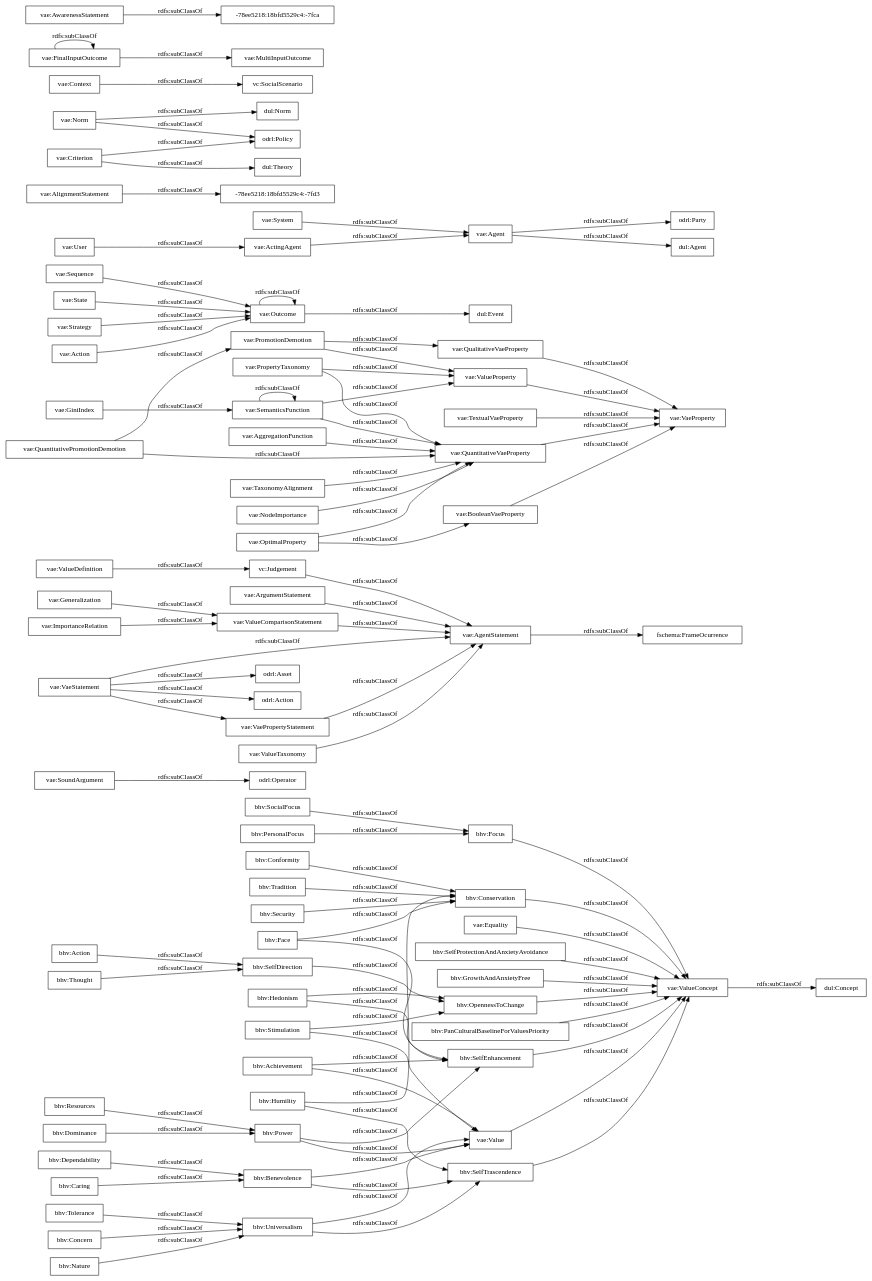
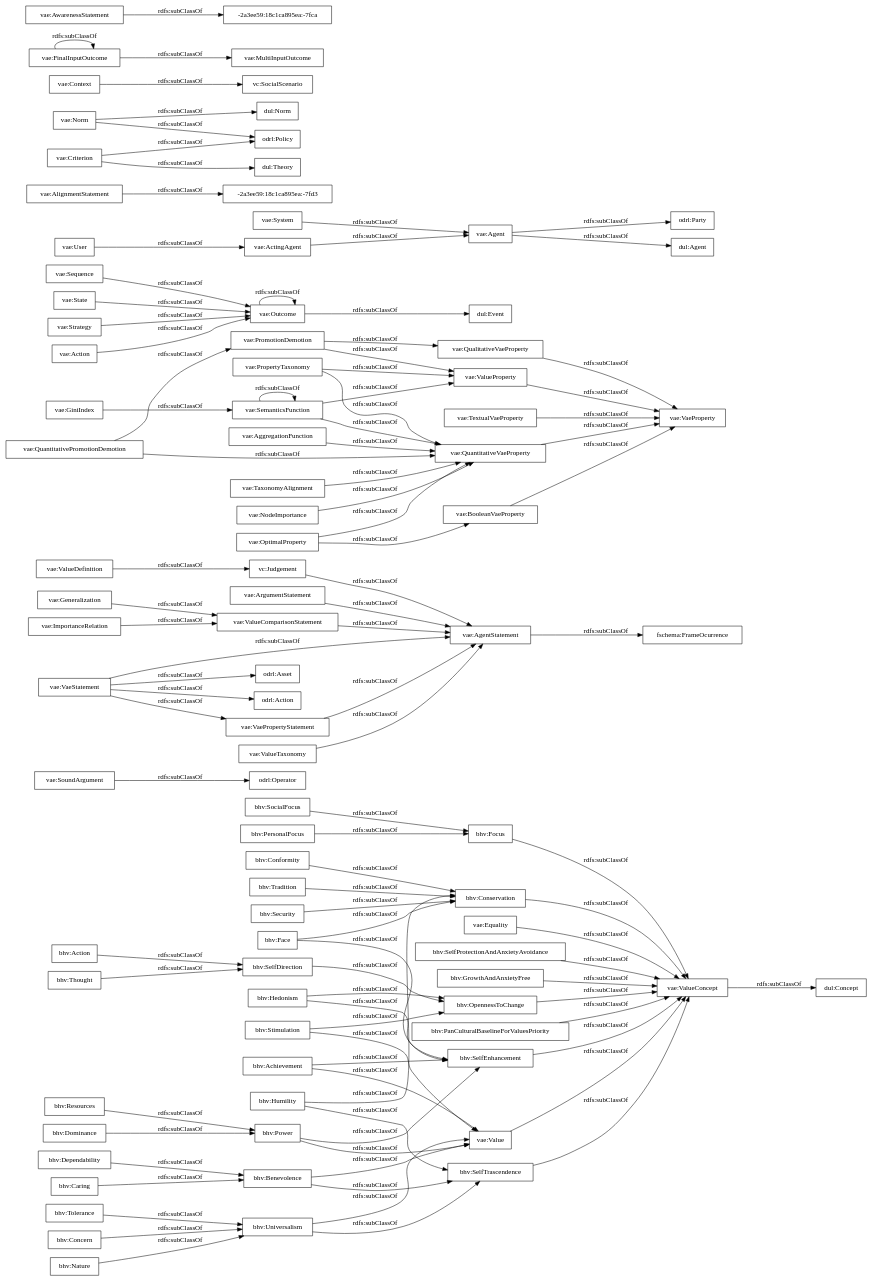
Before and after one commit to andresh26-uam/vae-ontology: the diagram in OnToology/vaeontology-v000.rdf/diagrams/ar2dtool-taxonomy/vaeontology-v000.rdf.png.dot, drawn with Graphviz. The commit also changed 82 other files, not shown here.

```diff
--- a/OnToology/vaeontology-v000.rdf/diagrams/ar2dtool-taxonomy/vaeontology-v000.rdf.png.dot
+++ b/OnToology/vaeontology-v000.rdf/diagrams/ar2dtool-taxonomy/vaeontology-v000.rdf.png.dot
@@ -1,102 +1,102 @@
 digraph ar2dtool_diagram { 
 rankdir=LR;
 size="1000"
-node [shape = rectangle, color="black"]; "bhv:Stimulation" "odrl:Operator" "vae:ValueDefinition" "vae:PropertyTaxonomy" "bhv:Tolerance" "vae:VaeProperty" "vae:QuantitativeVaeProperty" "vae:Sequence" "odrl:Party" "bhv:Tradition" "vae:Equality" "-78ee5218:18bfd5529c4:-7fd3" "vae:AlignmentStatement" "bhv:SocialFocus" "dul:Norm" "vae:Context" "bhv:Dominance" "vae:TextualVaeProperty" "vae:Generalization" "vae:MultiInputOutcome" "-78ee5218:18bfd5529c4:-7fca" "vae:AwarenessStatement" "bhv:Security" "dul:Agent" "vae:AggregationFunction" "bhv:SelfDirection" "vc:SocialScenario" "vae:System" "vae:AgentStatement" "vae:Outcome" "vae:Value" "odrl:Policy" "dul:Theory" "bhv:SelfProtectionAndAnxietyAvoidance" "vae:Criterion" "fschema:FrameOcurrence" "vae:FinalInputOutcome" "vae:ArgumentStatement" "vae:ValueProperty" "vae:ValueComparisonStatement" "dul:Concept" "bhv:Hedonism" "vae:VaeStatement" "odrl:Asset" "bhv:Concern" "vae:State" "vae:SoundArgument" "vae:ValueConcept" "bhv:GrowthAndAnxietyFree" "bhv:Thought" "bhv:Humility" "vae:QualitativeVaeProperty" "vae:Strategy" "bhv:Focus" "vae:ActingAgent" "bhv:Power" "bhv:Nature" "bhv:Benevolence" "bhv:Achievement" "vae:BooleanVaeProperty" "odrl:Action" "bhv:PanCulturalBaselineForValuesPriority" "vae:ImportanceRelation" "bhv:SelfTrascendence" "vae:Norm" "vae:OptimalProperty" "vae:TaxonomyAlignment" "bhv:Action" "bhv:Caring" "bhv:Resources" "bhv:Face" "vae:ValueTaxonomy" "vae:QuantitativePromotionDemotion" "vae:GiniIndex" "vae:User" "dul:Event" "bhv:Dependability" "bhv:Conformity" "vae:VaePropertyStatement" "bhv:Conservation" "vae:SemanticsFunction" "vae:Agent" "vae:PromotionDemotion" "vae:Action" "vae:NodeImportance" "bhv:Universalism" "vc:Judgement" "bhv:SelfEnhancement" "bhv:OpennessToChange" "bhv:PersonalFocus" ; /*classes style*/
+node [shape = rectangle, color="black"]; "bhv:Stimulation" "odrl:Operator" "vae:ValueDefinition" "vae:PropertyTaxonomy" "bhv:Tolerance" "vae:VaeProperty" "vae:QuantitativeVaeProperty" "vae:Sequence" "odrl:Party" "bhv:Tradition" "vae:Equality" "vae:AlignmentStatement" "bhv:SocialFocus" "dul:Norm" "vae:Context" "bhv:Security" "bhv:Dominance" "vae:Generalization" "vae:MultiInputOutcome" "vae:TextualVaeProperty" "vae:AwarenessStatement" "dul:Agent" "vae:AggregationFunction" "bhv:SelfDirection" "vc:SocialScenario" "vae:System" "vae:AgentStatement" "vae:Outcome" "vae:Value" "odrl:Policy" "dul:Theory" "bhv:SelfProtectionAndAnxietyAvoidance" "vae:Criterion" "fschema:FrameOcurrence" "vae:FinalInputOutcome" "vae:ArgumentStatement" "vae:ValueProperty" "vae:ValueComparisonStatement" "dul:Concept" "bhv:Hedonism" "vae:VaeStatement" "odrl:Asset" "bhv:Concern" "vae:State" "vae:SoundArgument" "vae:ValueConcept" "bhv:GrowthAndAnxietyFree" "-2a3ee59:18c1ca895ea:-7fca" "bhv:Thought" "bhv:Humility" "vae:QualitativeVaeProperty" "vae:Strategy" "bhv:Focus" "vae:ActingAgent" "bhv:Power" "bhv:Nature" "bhv:Benevolence" "bhv:Achievement" "vae:BooleanVaeProperty" "odrl:Action" "bhv:PanCulturalBaselineForValuesPriority" "vae:ImportanceRelation" "bhv:SelfTrascendence" "vae:Norm" "vae:TaxonomyAlignment" "vae:OptimalProperty" "bhv:Action" "-2a3ee59:18c1ca895ea:-7fd3" "bhv:Caring" "bhv:Resources" "bhv:Face" "vae:ValueTaxonomy" "vae:QuantitativePromotionDemotion" "vae:GiniIndex" "vae:User" "dul:Event" "bhv:Dependability" "bhv:Conformity" "vae:VaePropertyStatement" "bhv:Conservation" "vae:SemanticsFunction" "vae:Agent" "vae:PromotionDemotion" "vae:Action" "vae:NodeImportance" "bhv:Universalism" "bhv:SelfEnhancement" "vc:Judgement" "bhv:OpennessToChange" "bhv:PersonalFocus" ; /*classes style*/
 	"vae:GiniIndex" -> "vae:SemanticsFunction" [ label = "rdfs:subClassOf" ];
 	"vae:Strategy" -> "vae:Outcome" [ label = "rdfs:subClassOf" ];
 	"bhv:Face" -> "bhv:SelfEnhancement" [ label = "rdfs:subClassOf" ];
 	"bhv:Face" -> "bhv:Conservation" [ label = "rdfs:subClassOf" ];
 	"bhv:Universalism" -> "bhv:SelfTrascendence" [ label = "rdfs:subClassOf" ];
 	"bhv:Universalism" -> "vae:Value" [ label = "rdfs:subClassOf" ];
 	"bhv:Power" -> "bhv:SelfEnhancement" [ label = "rdfs:subClassOf" ];
 	"bhv:Power" -> "vae:Value" [ label = "rdfs:subClassOf" ];
 	"vae:Outcome" -> "vae:Outcome" [ label = "rdfs:subClassOf" ];
 	"vae:Outcome" -> "dul:Event" [ label = "rdfs:subClassOf" ];
 	"vae:ValueComparisonStatement" -> "vae:AgentStatement" [ label = "rdfs:subClassOf" ];
 	"vae:Sequence" -> "vae:Outcome" [ label = "rdfs:subClassOf" ];
 	"vae:Generalization" -> "vae:ValueComparisonStatement" [ label = "rdfs:subClassOf" ];
 	"vae:OptimalProperty" -> "vae:QuantitativeVaeProperty" [ label = "rdfs:subClassOf" ];
 	"vae:OptimalProperty" -> "vae:BooleanVaeProperty" [ label = "rdfs:subClassOf" ];
 	"vae:SemanticsFunction" -> "vae:ValueProperty" [ label = "rdfs:subClassOf" ];
 	"vae:SemanticsFunction" -> "vae:SemanticsFunction" [ label = "rdfs:subClassOf" ];
 	"vae:SemanticsFunction" -> "vae:QuantitativeVaeProperty" [ label = "rdfs:subClassOf" ];
 	"bhv:OpennessToChange" -> "vae:ValueConcept" [ label = "rdfs:subClassOf" ];
 	"vae:AgentStatement" -> "fschema:FrameOcurrence" [ label = "rdfs:subClassOf" ];
 	"vae:BooleanVaeProperty" -> "vae:VaeProperty" [ label = "rdfs:subClassOf" ];
 	"vae:Norm" -> "odrl:Policy" [ label = "rdfs:subClassOf" ];
 	"vae:Norm" -> "dul:Norm" [ label = "rdfs:subClassOf" ];
 	"bhv:Tolerance" -> "bhv:Universalism" [ label = "rdfs:subClassOf" ];
 	"bhv:Tradition" -> "bhv:Conservation" [ label = "rdfs:subClassOf" ];
 	"vae:ValueTaxonomy" -> "vae:AgentStatement" [ label = "rdfs:subClassOf" ];
 	"bhv:Nature" -> "bhv:Universalism" [ label = "rdfs:subClassOf" ];
 	"bhv:SelfTrascendence" -> "vae:ValueConcept" [ label = "rdfs:subClassOf" ];
 	"vae:VaeStatement" -> "vae:VaePropertyStatement" [ label = "rdfs:subClassOf" ];
 	"vae:VaeStatement" -> "vae:AgentStatement" [ label = "rdfs:subClassOf" ];
 	"vae:VaeStatement" -> "odrl:Asset" [ label = "rdfs:subClassOf" ];
 	"vae:VaeStatement" -> "odrl:Action" [ label = "rdfs:subClassOf" ];
 	"bhv:Resources" -> "bhv:Power" [ label = "rdfs:subClassOf" ];
 	"bhv:SocialFocus" -> "bhv:Focus" [ label = "rdfs:subClassOf" ];
 	"vae:Context" -> "vc:SocialScenario" [ label = "rdfs:subClassOf" ];
 	"bhv:Focus" -> "vae:ValueConcept" [ label = "rdfs:subClassOf" ];
 	"vae:Equality" -> "vae:ValueConcept" [ label = "rdfs:subClassOf" ];
 	"bhv:SelfEnhancement" -> "vae:ValueConcept" [ label = "rdfs:subClassOf" ];
 	"bhv:Benevolence" -> "bhv:SelfTrascendence" [ label = "rdfs:subClassOf" ];
 	"bhv:Benevolence" -> "vae:Value" [ label = "rdfs:subClassOf" ];
 	"bhv:Caring" -> "bhv:Benevolence" [ label = "rdfs:subClassOf" ];
 	"bhv:Concern" -> "bhv:Universalism" [ label = "rdfs:subClassOf" ];
 	"vae:Criterion" -> "odrl:Policy" [ label = "rdfs:subClassOf" ];
 	"vae:Criterion" -> "dul:Theory" [ label = "rdfs:subClassOf" ];
 	"vae:PromotionDemotion" -> "vae:ValueProperty" [ label = "rdfs:subClassOf" ];
 	"vae:PromotionDemotion" -> "vae:QualitativeVaeProperty" [ label = "rdfs:subClassOf" ];
 	"bhv:Achievement" -> "bhv:SelfEnhancement" [ label = "rdfs:subClassOf" ];
 	"bhv:Achievement" -> "vae:Value" [ label = "rdfs:subClassOf" ];
 	"bhv:GrowthAndAnxietyFree" -> "vae:ValueConcept" [ label = "rdfs:subClassOf" ];
 	"vae:System" -> "vae:Agent" [ label = "rdfs:subClassOf" ];
 	"vae:ArgumentStatement" -> "vae:AgentStatement" [ label = "rdfs:subClassOf" ];
 	"vae:ValueProperty" -> "vae:VaeProperty" [ label = "rdfs:subClassOf" ];
 	"bhv:Action" -> "bhv:SelfDirection" [ label = "rdfs:subClassOf" ];
 	"vae:NodeImportance" -> "vae:QuantitativeVaeProperty" [ label = "rdfs:subClassOf" ];
 	"vae:PropertyTaxonomy" -> "vae:ValueProperty" [ label = "rdfs:subClassOf" ];
 	"vae:PropertyTaxonomy" -> "vae:QuantitativeVaeProperty" [ label = "rdfs:subClassOf" ];
 	"vae:State" -> "vae:Outcome" [ label = "rdfs:subClassOf" ];
 	"bhv:Conservation" -> "vae:ValueConcept" [ label = "rdfs:subClassOf" ];
 	"vae:VaePropertyStatement" -> "vae:AgentStatement" [ label = "rdfs:subClassOf" ];
 	"vae:User" -> "vae:ActingAgent" [ label = "rdfs:subClassOf" ];
 	"vae:SoundArgument" -> "odrl:Operator" [ label = "rdfs:subClassOf" ];
 	"bhv:Security" -> "bhv:Conservation" [ label = "rdfs:subClassOf" ];
 	"bhv:Conformity" -> "bhv:Conservation" [ label = "rdfs:subClassOf" ];
 	"vc:Judgement" -> "vae:AgentStatement" [ label = "rdfs:subClassOf" ];
 	"bhv:Thought" -> "bhv:SelfDirection" [ label = "rdfs:subClassOf" ];
 	"vae:FinalInputOutcome" -> "vae:MultiInputOutcome" [ label = "rdfs:subClassOf" ];
 	"vae:FinalInputOutcome" -> "vae:FinalInputOutcome" [ label = "rdfs:subClassOf" ];
 	"bhv:SelfProtectionAndAnxietyAvoidance" -> "vae:ValueConcept" [ label = "rdfs:subClassOf" ];
 	"vae:ValueDefinition" -> "vc:Judgement" [ label = "rdfs:subClassOf" ];
 	"vae:TaxonomyAlignment" -> "vae:QuantitativeVaeProperty" [ label = "rdfs:subClassOf" ];
 	"bhv:Stimulation" -> "bhv:OpennessToChange" [ label = "rdfs:subClassOf" ];
 	"bhv:Stimulation" -> "vae:Value" [ label = "rdfs:subClassOf" ];
 	"vae:TextualVaeProperty" -> "vae:VaeProperty" [ label = "rdfs:subClassOf" ];
 	"vae:Action" -> "vae:Outcome" [ label = "rdfs:subClassOf" ];
 	"vae:AggregationFunction" -> "vae:QuantitativeVaeProperty" [ label = "rdfs:subClassOf" ];
-	"vae:AwarenessStatement" -> "-78ee5218:18bfd5529c4:-7fca" [ label = "rdfs:subClassOf" ];
+	"vae:AwarenessStatement" -> "-2a3ee59:18c1ca895ea:-7fca" [ label = "rdfs:subClassOf" ];
 	"bhv:Dominance" -> "bhv:Power" [ label = "rdfs:subClassOf" ];
 	"vae:QualitativeVaeProperty" -> "vae:VaeProperty" [ label = "rdfs:subClassOf" ];
 	"vae:Agent" -> "odrl:Party" [ label = "rdfs:subClassOf" ];
 	"vae:Agent" -> "dul:Agent" [ label = "rdfs:subClassOf" ];
 	"bhv:PanCulturalBaselineForValuesPriority" -> "vae:ValueConcept" [ label = "rdfs:subClassOf" ];
 	"vae:Value" -> "vae:ValueConcept" [ label = "rdfs:subClassOf" ];
 	"vae:QuantitativeVaeProperty" -> "vae:VaeProperty" [ label = "rdfs:subClassOf" ];
 	"vae:QuantitativePromotionDemotion" -> "vae:QuantitativeVaeProperty" [ label = "rdfs:subClassOf" ];
 	"vae:QuantitativePromotionDemotion" -> "vae:PromotionDemotion" [ label = "rdfs:subClassOf" ];
 	"bhv:Dependability" -> "bhv:Benevolence" [ label = "rdfs:subClassOf" ];
 	"vae:ImportanceRelation" -> "vae:ValueComparisonStatement" [ label = "rdfs:subClassOf" ];
 	"vae:ValueConcept" -> "dul:Concept" [ label = "rdfs:subClassOf" ];
 	"bhv:Hedonism" -> "bhv:SelfEnhancement" [ label = "rdfs:subClassOf" ];
 	"bhv:Hedonism" -> "bhv:OpennessToChange" [ label = "rdfs:subClassOf" ];
 	"bhv:PersonalFocus" -> "bhv:Focus" [ label = "rdfs:subClassOf" ];
 	"bhv:SelfDirection" -> "bhv:OpennessToChange" [ label = "rdfs:subClassOf" ];
-	"vae:AlignmentStatement" -> "-78ee5218:18bfd5529c4:-7fd3" [ label = "rdfs:subClassOf" ];
+	"vae:AlignmentStatement" -> "-2a3ee59:18c1ca895ea:-7fd3" [ label = "rdfs:subClassOf" ];
 	"vae:ActingAgent" -> "vae:Agent" [ label = "rdfs:subClassOf" ];
 	"bhv:Humility" -> "bhv:SelfTrascendence" [ label = "rdfs:subClassOf" ];
 	"bhv:Humility" -> "bhv:Conservation" [ label = "rdfs:subClassOf" ];
 
 }
```
